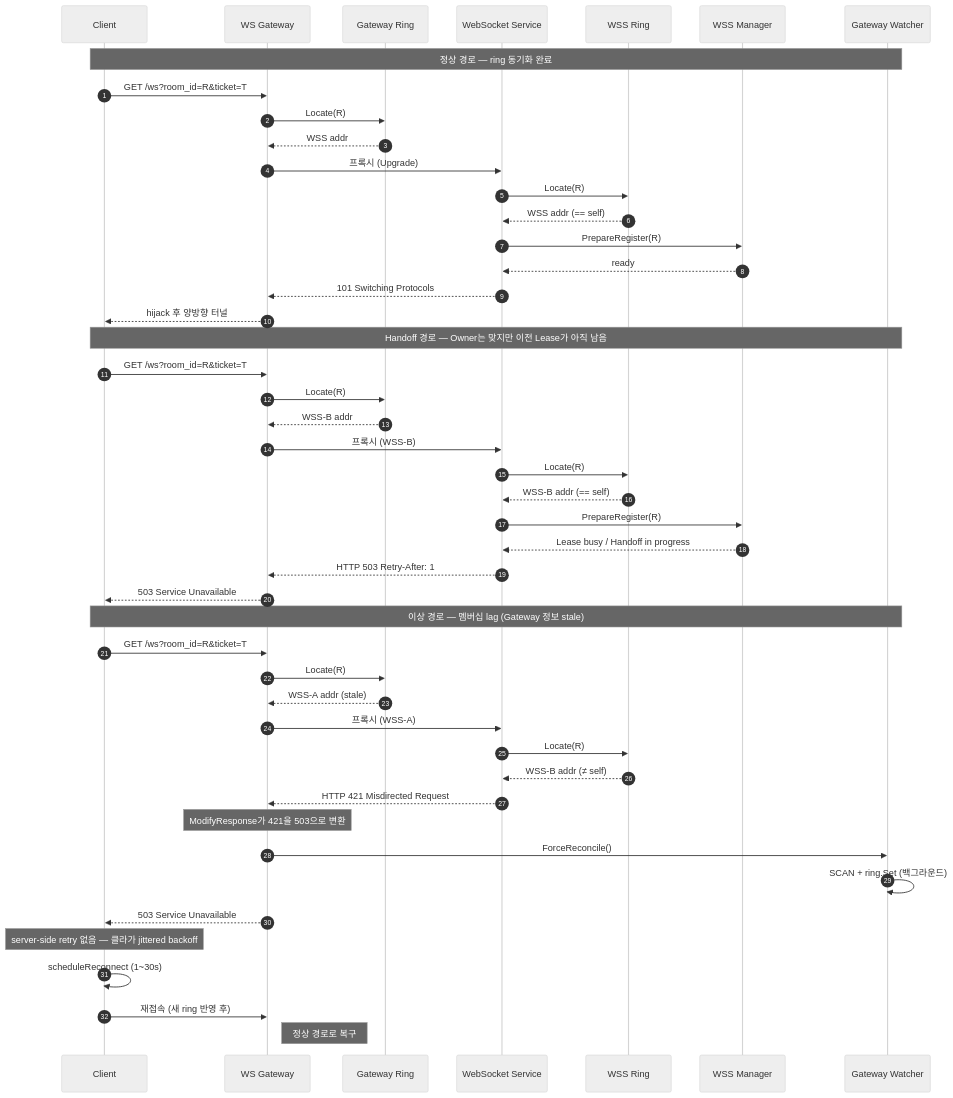
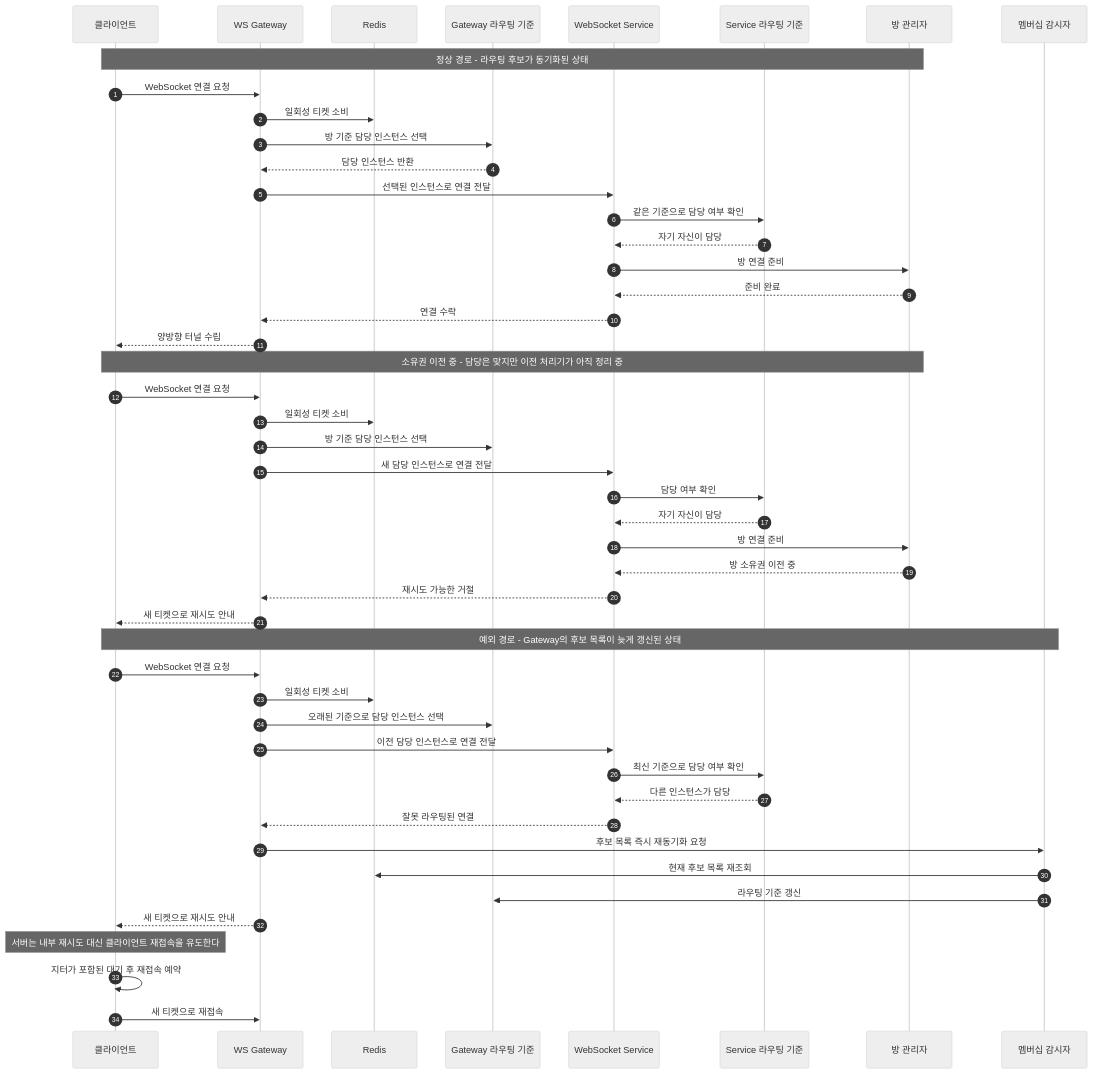
The diagram in docs/diagrams/seq-owner-self-check.mmd (happyhun/go-chat-msa), drawn with Mermaid (neutral theme) before and after one commit. The commit also changed 11 other files, not shown here.

Commit message:
docs: 다이어그램 흐름 정리

```diff
--- a/docs/diagrams/seq-owner-self-check.mmd
+++ b/docs/diagrams/seq-owner-self-check.mmd
@@ -1,56 +1,53 @@
 sequenceDiagram
     autonumber
 
-    participant Client as Client
+    participant Client as 클라이언트
     participant Gateway as WS Gateway
-    participant Ring_G as Gateway Ring
+    participant Redis as Redis
+    participant RingG as Gateway 라우팅 기준
     participant WSS as WebSocket Service
-    participant Ring_W as WSS Ring
-    participant Manager as WSS Manager
-    participant Watcher_G as Gateway Watcher
+    participant RingW as Service 라우팅 기준
+    participant Manager as 방 관리자
+    participant Watcher as 멤버십 감시자
 
-    Note over Client, Watcher_G: 정상 경로 — ring 동기화 완료
+    Note over Client, Manager: 정상 경로 - 라우팅 후보가 동기화된 상태
+    Client->>Gateway: WebSocket 연결 요청
+    Gateway->>Redis: 일회성 티켓 소비
+    Gateway->>RingG: 방 기준 담당 인스턴스 선택
+    RingG-->>Gateway: 담당 인스턴스 반환
+    Gateway->>WSS: 선택된 인스턴스로 연결 전달
+    WSS->>RingW: 같은 기준으로 담당 여부 확인
+    RingW-->>WSS: 자기 자신이 담당
+    WSS->>Manager: 방 연결 준비
+    Manager-->>WSS: 준비 완료
+    WSS-->>Gateway: 연결 수락
+    Gateway-->>Client: 양방향 터널 수립
 
-    Client->>Gateway: GET /ws?room_id=R&ticket=T
-    Gateway->>Ring_G: Locate(R)
-    Ring_G-->>Gateway: WSS addr
-    Gateway->>WSS: 프록시 (Upgrade)
-    WSS->>Ring_W: Locate(R)
-    Ring_W-->>WSS: WSS addr (== self)
-    WSS->>Manager: PrepareRegister(R)
-    Manager-->>WSS: ready
-    WSS-->>Gateway: 101 Switching Protocols
-    Gateway-->>Client: hijack 후 양방향 터널
+    Note over Client, Manager: 소유권 이전 중 - 담당은 맞지만 이전 처리기가 아직 정리 중
+    Client->>Gateway: WebSocket 연결 요청
+    Gateway->>Redis: 일회성 티켓 소비
+    Gateway->>RingG: 방 기준 담당 인스턴스 선택
+    Gateway->>WSS: 새 담당 인스턴스로 연결 전달
+    WSS->>RingW: 담당 여부 확인
+    RingW-->>WSS: 자기 자신이 담당
+    WSS->>Manager: 방 연결 준비
+    Manager-->>WSS: 방 소유권 이전 중
+    WSS-->>Gateway: 재시도 가능한 거절
+    Gateway-->>Client: 새 티켓으로 재시도 안내
 
-    Note over Client, Watcher_G: Handoff 경로 — Owner는 맞지만 이전 Lease가 아직 남음
+    Note over Client, Watcher: 예외 경로 - Gateway의 후보 목록이 늦게 갱신된 상태
+    Client->>Gateway: WebSocket 연결 요청
+    Gateway->>Redis: 일회성 티켓 소비
+    Gateway->>RingG: 오래된 기준으로 담당 인스턴스 선택
+    Gateway->>WSS: 이전 담당 인스턴스로 연결 전달
+    WSS->>RingW: 최신 기준으로 담당 여부 확인
+    RingW-->>WSS: 다른 인스턴스가 담당
+    WSS-->>Gateway: 잘못 라우팅된 연결
+    Gateway->>Watcher: 후보 목록 즉시 재동기화 요청
+    Watcher->>Redis: 현재 후보 목록 재조회
+    Watcher->>RingG: 라우팅 기준 갱신
+    Gateway-->>Client: 새 티켓으로 재시도 안내
 
-    Client->>Gateway: GET /ws?room_id=R&ticket=T
-    Gateway->>Ring_G: Locate(R)
-    Ring_G-->>Gateway: WSS-B addr
-    Gateway->>WSS: 프록시 (WSS-B)
-    WSS->>Ring_W: Locate(R)
-    Ring_W-->>WSS: WSS-B addr (== self)
-    WSS->>Manager: PrepareRegister(R)
-    Manager-->>WSS: Lease busy / Handoff in progress
-    WSS-->>Gateway: HTTP 503 Retry-After: 1
-    Gateway-->>Client: 503 Service Unavailable
-
-    Note over Client, Watcher_G: 이상 경로 — 멤버십 lag (Gateway 정보 stale)
-
-    Client->>Gateway: GET /ws?room_id=R&ticket=T
-    Gateway->>Ring_G: Locate(R)
-    Ring_G-->>Gateway: WSS-A addr (stale)
-    Gateway->>WSS: 프록시 (WSS-A)
-    WSS->>Ring_W: Locate(R)
-    Ring_W-->>WSS: WSS-B addr (≠ self)
-    WSS-->>Gateway: HTTP 421 Misdirected Request
-
-    Note over Gateway: ModifyResponse가 421을 503으로 변환
-    Gateway->>Watcher_G: ForceReconcile()
-    Watcher_G->>Watcher_G: SCAN + ring.Set (백그라운드)
-    Gateway-->>Client: 503 Service Unavailable
-
-    Note over Client: server-side retry 없음 — 클라가 jittered backoff
-    Client->>Client: scheduleReconnect (1~30s)
-    Client->>Gateway: 재접속 (새 ring 반영 후)
-    Note right of Gateway: 정상 경로로 복구
+    Note over Client: 서버는 내부 재시도 대신 클라이언트 재접속을 유도한다
+    Client->>Client: 지터가 포함된 대기 후 재접속 예약
+    Client->>Gateway: 새 티켓으로 재접속
```
